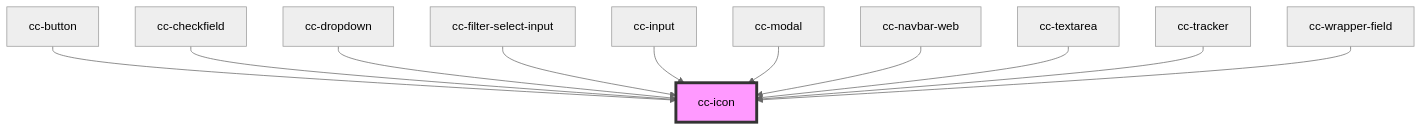
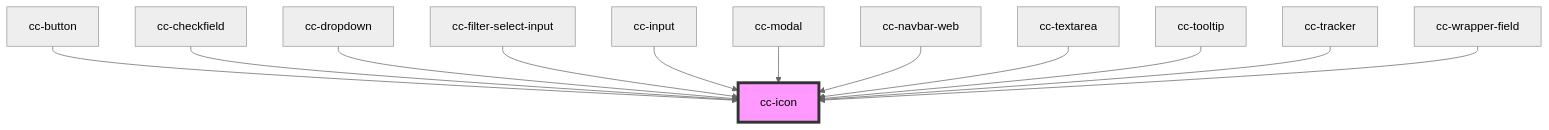
One commit to lacafetalab/cafeta-components changed the diagram in packages/core/src/components/cc-icon/readme.md. Above: the diagram before and after it, drawn with Mermaid (neutral theme). The commit also changed other lines of this file and 5 other files, not shown here.

````diff
--- a/packages/core/src/components/cc-icon/readme.md
+++ b/packages/core/src/components/cc-icon/readme.md
@@ -32,14 +33,15 @@
 ```mermaid
 graph TD;
   cc-button --> cc-icon
   cc-checkfield --> cc-icon
   cc-dropdown --> cc-icon
   cc-filter-select-input --> cc-icon
   cc-input --> cc-icon
   cc-modal --> cc-icon
   cc-navbar-web --> cc-icon
   cc-textarea --> cc-icon
+  cc-tooltip --> cc-icon
   cc-tracker --> cc-icon
   cc-wrapper-field --> cc-icon
   style cc-icon fill:#f9f,stroke:#333,stroke-width:4px
 ```
````
